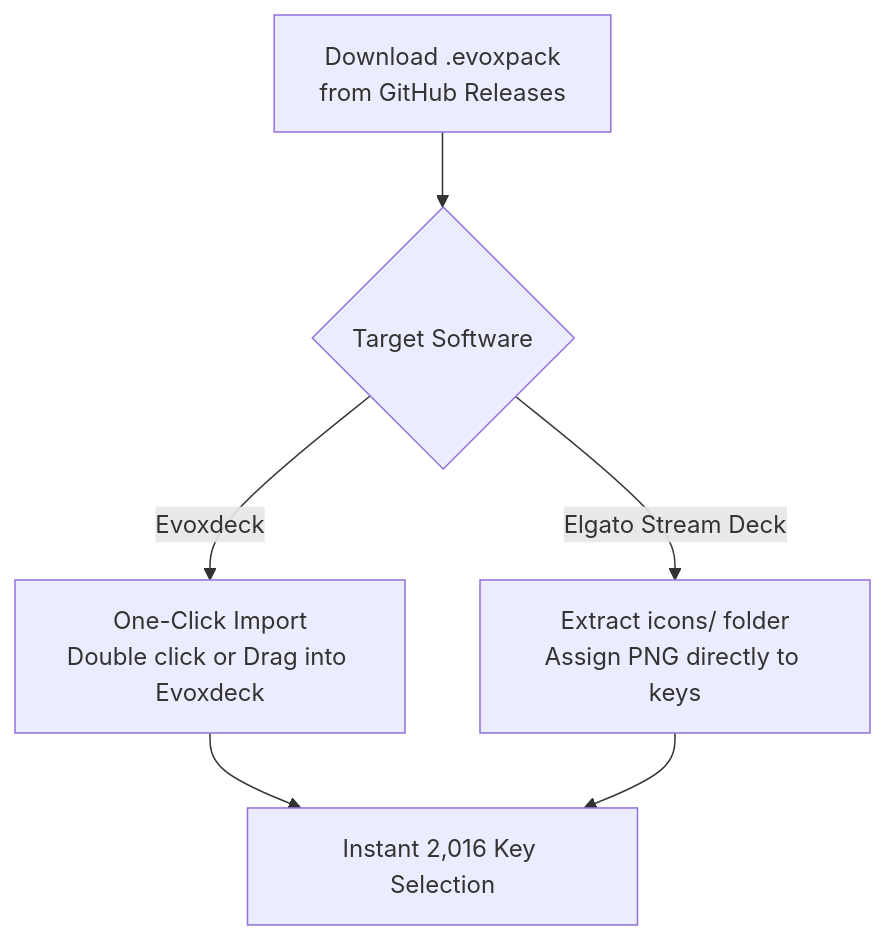
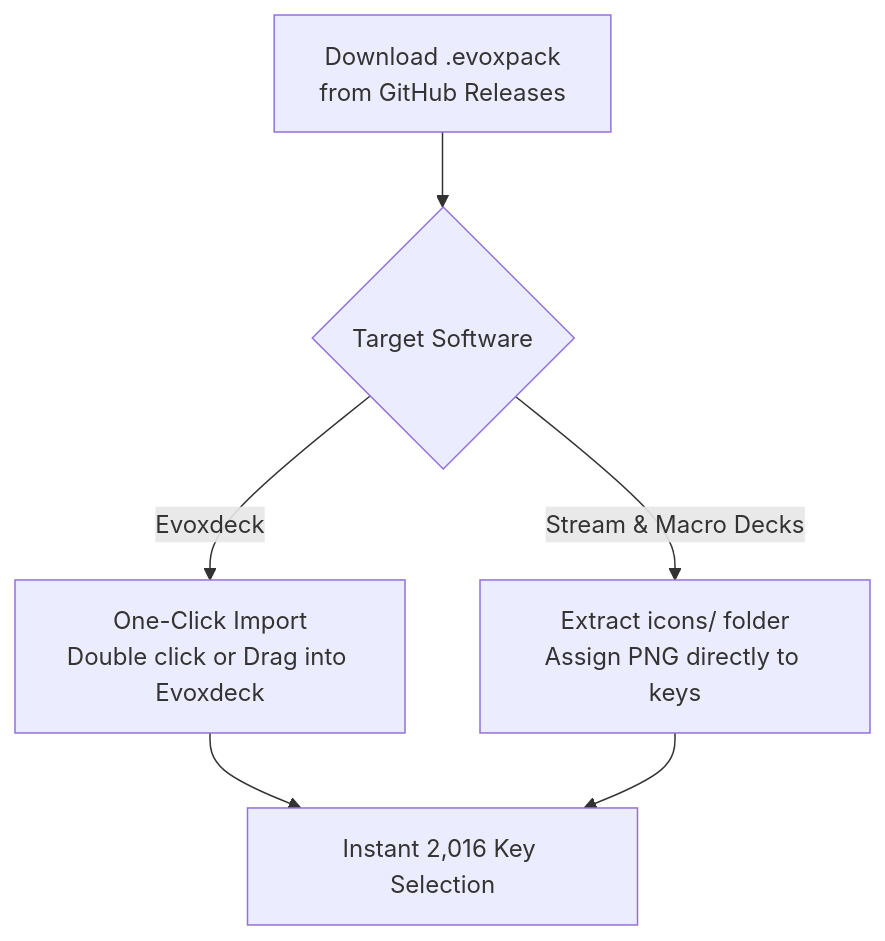
One commit to hfatih/galaxy-icons-cosmic changed the diagram in README.md. Above: the diagram before and after it, drawn with Mermaid. The commit also changed other lines of this file and 11 other files, not shown here.

````diff
--- a/README.md
+++ b/README.md
@@ -78,8 +78,8 @@
 ```mermaid
 flowchart TD
     A["Download .evoxpack<br/>from GitHub Releases"] --> B{Target Software}
     B -->|"Evoxdeck"| C["One-Click Import<br/>Double click or Drag into Evoxdeck"]
-    B -->|"Elgato Stream Deck"| D["Extract icons/ folder<br/>Assign PNG directly to keys"]
+    B -->|"Stream & Macro Decks"| D["Extract icons/ folder<br/>Assign PNG directly to keys"]
     C --> E["Instant 2,016 Key Selection"]
     D --> E
 ```
````
